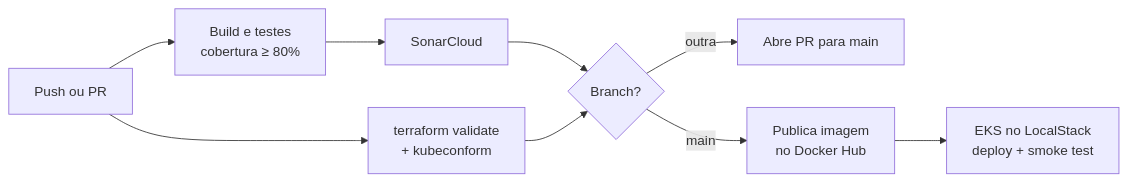
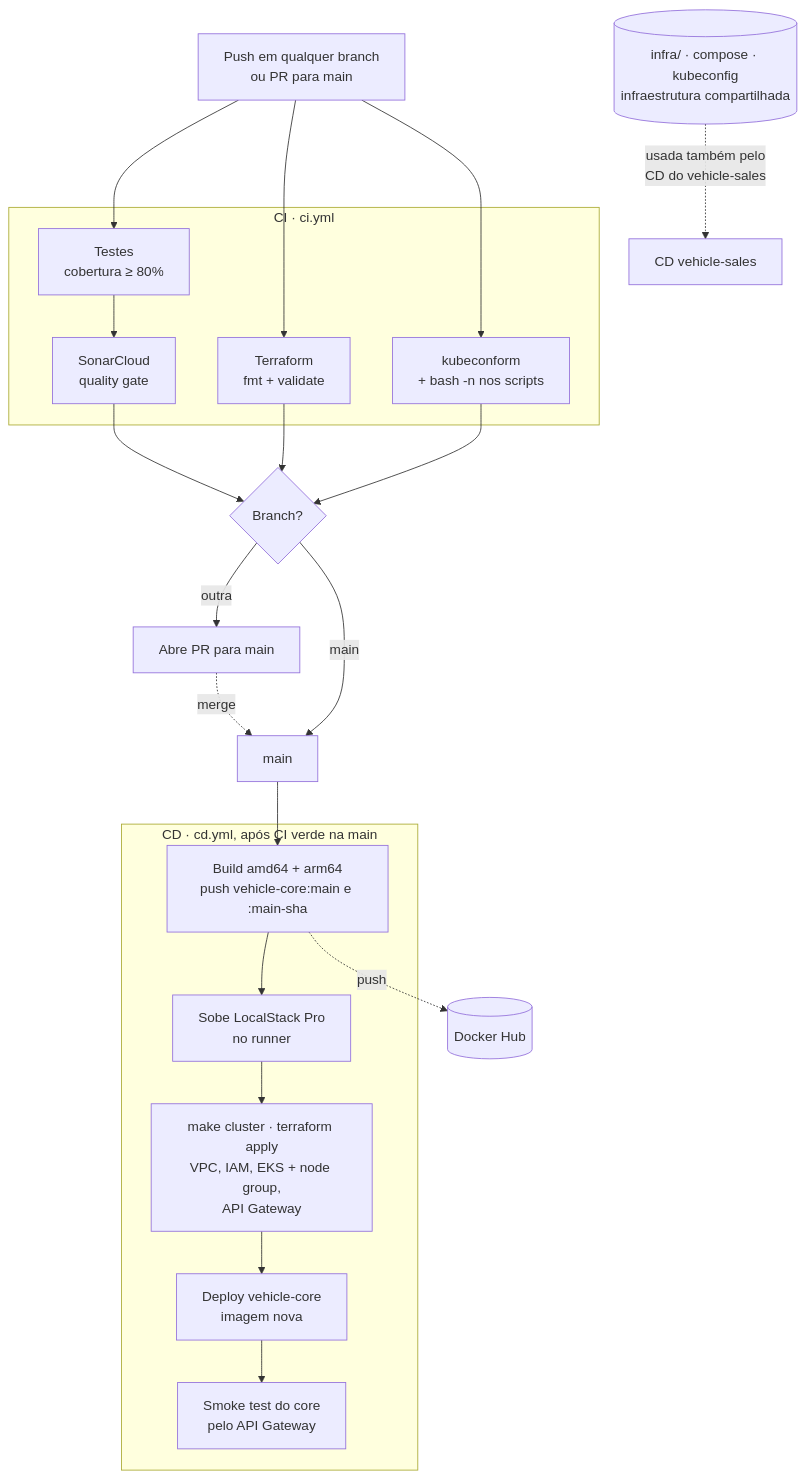
One commit to nessaoana/vehicle-core changed the third of 3 diagrams in README.md. Above: the diagram before and after it, drawn with Mermaid. The commit also changed other lines of this file and 3 other files, not shown here.

````diff
--- a/README.md
+++ b/README.md
@@ -221,9 +241,30 @@
 ```mermaid
-flowchart LR
-	Push[Push ou PR] --> Tests[Build e testes<br/>cobertura ≥ 80%] --> Sonar[SonarCloud]
-	Push --> Infra[terraform validate<br/>+ kubeconform]
-	Sonar --> Branch{Branch?}
-	Infra --> Branch
+flowchart TB
+	Push[Push em qualquer branch<br/>ou PR para main]
+
+	subgraph CI[CI · ci.yml]
+		Tests[Testes<br/>cobertura ≥ 80%] --> Sonar[SonarCloud<br/>quality gate]
+		TFCheck[Terraform<br/>fmt + validate]
+		K8sCheck[kubeconform<br/>+ bash -n nos scripts]
+	end
+
+	Push --> Tests
+	Push --> TFCheck
+	Push --> K8sCheck
+	Sonar & TFCheck & K8sCheck --> Branch{Branch?}
 	Branch -- outra --> PR[Abre PR para main]
-	Branch -- main --> Docker[Publica imagem<br/>no Docker Hub] --> Deploy[EKS no LocalStack<br/>deploy + smoke test]
+	PR -. merge .-> Main[main]
+	Branch -- main --> Main
+
+	subgraph CD[CD · cd.yml, após CI verde na main]
+		Docker[Build amd64 + arm64<br/>push vehicle-core:main e :main-sha]
+		Docker --> LS[Sobe LocalStack Pro<br/>no runner]
+		LS --> TFApply[make cluster · terraform apply<br/>VPC, IAM, EKS + node group,<br/>API Gateway]
+		TFApply --> DCore[Deploy vehicle-core<br/>imagem nova]
+		DCore --> Smoke[Smoke test do core<br/>pelo API Gateway]
+	end
+
+	Main --> Docker
+	Docker -. push .-> Hub[(Docker Hub)]
+	Infra[(infra/ · compose · kubeconfig<br/>infraestrutura compartilhada)] -. usada também pelo<br/>CD do vehicle-sales .-> SalesCD[CD vehicle-sales]
 ```
````
